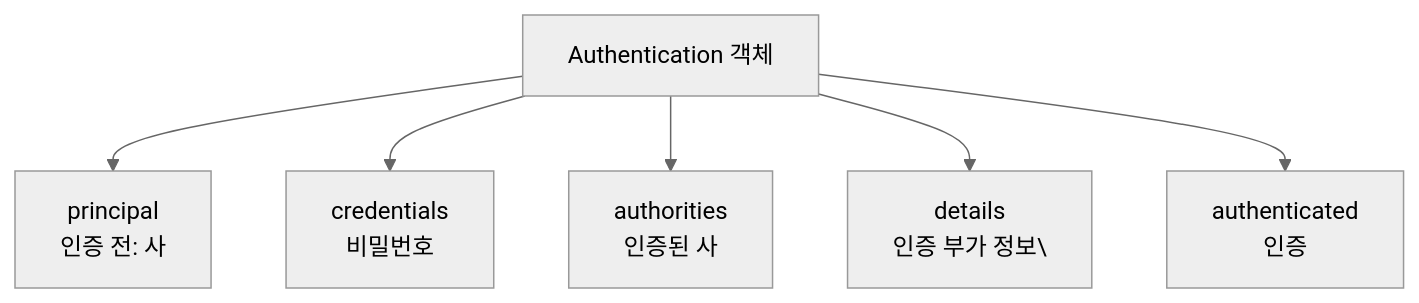
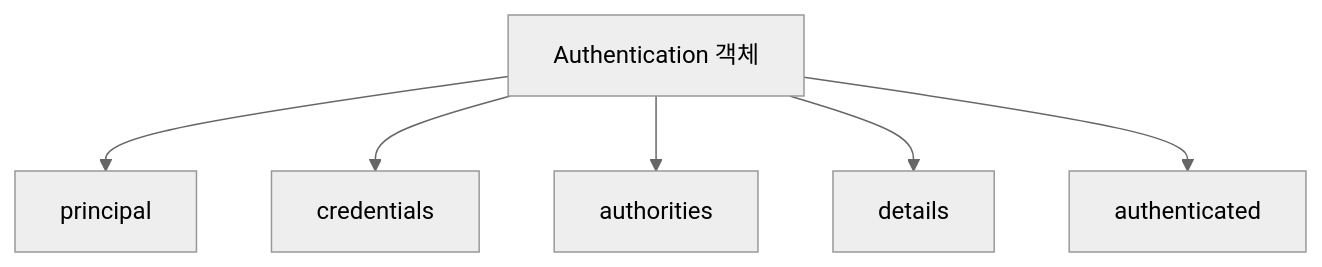
One commit to yjkim2015/yjkim2015.github.io changed the first of 2 diagrams in _posts/security/2021-05-22-Authentication.md. Above: the diagram before and after it, drawn with Mermaid (neutral theme). The commit also changed 217 other files, not shown here.

First line of the commit message:
Mermaid 크기 수정: useMaxWidth:true + SVG max-width:100% + 라벨 축소

````diff
--- a/_posts/security/2021-05-22-Authentication.md
+++ b/_posts/security/2021-05-22-Authentication.md
@@ -45,8 +45,8 @@
 ```mermaid
 flowchart TD
-    A["Authentication 객체"] --> B["principal\n인증 전: 사"]
-    A --> C["credentials\n비밀번호"]
-    A --> D["authorities\n인증된 사"]
-    A --> E["details\n인증 부가 정보\"]
-    A --> F["authenticated\n인증"]
+    A["Authentication 객체"] --> B["principal"]
+    A --> C["credentials"]
+    A --> D["authorities"]
+    A --> E["details"]
+    A --> F["authenticated"]
 ```
````
